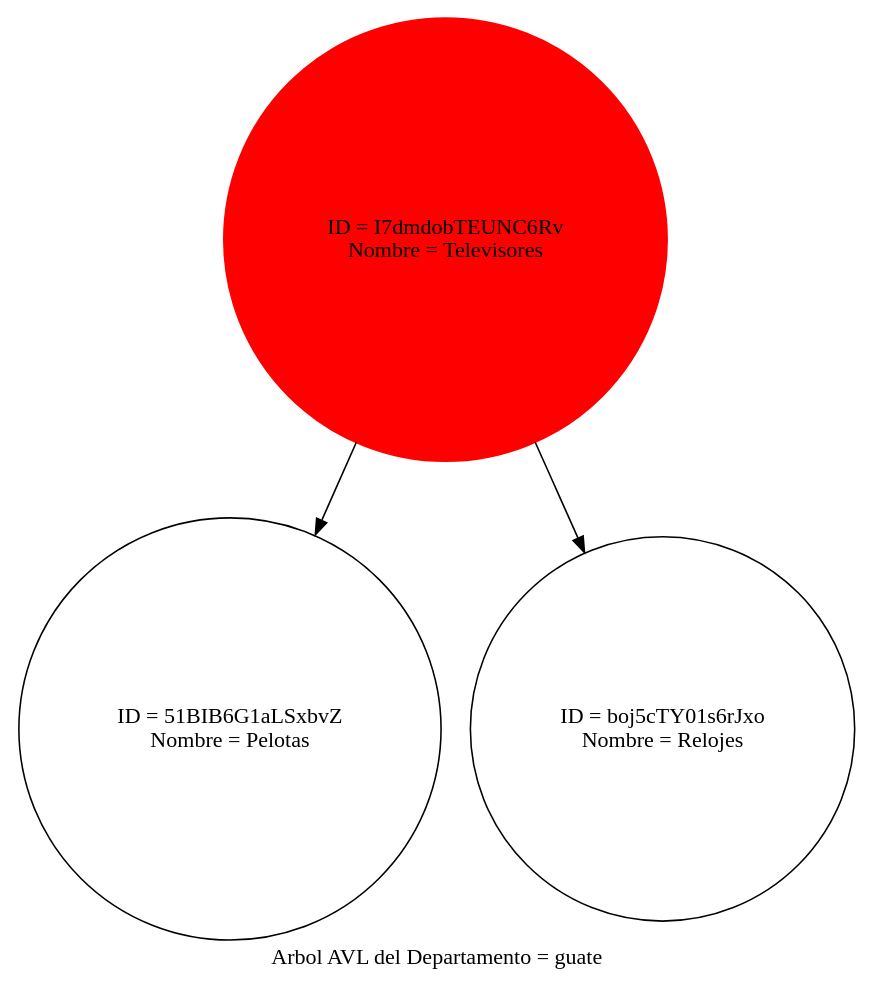
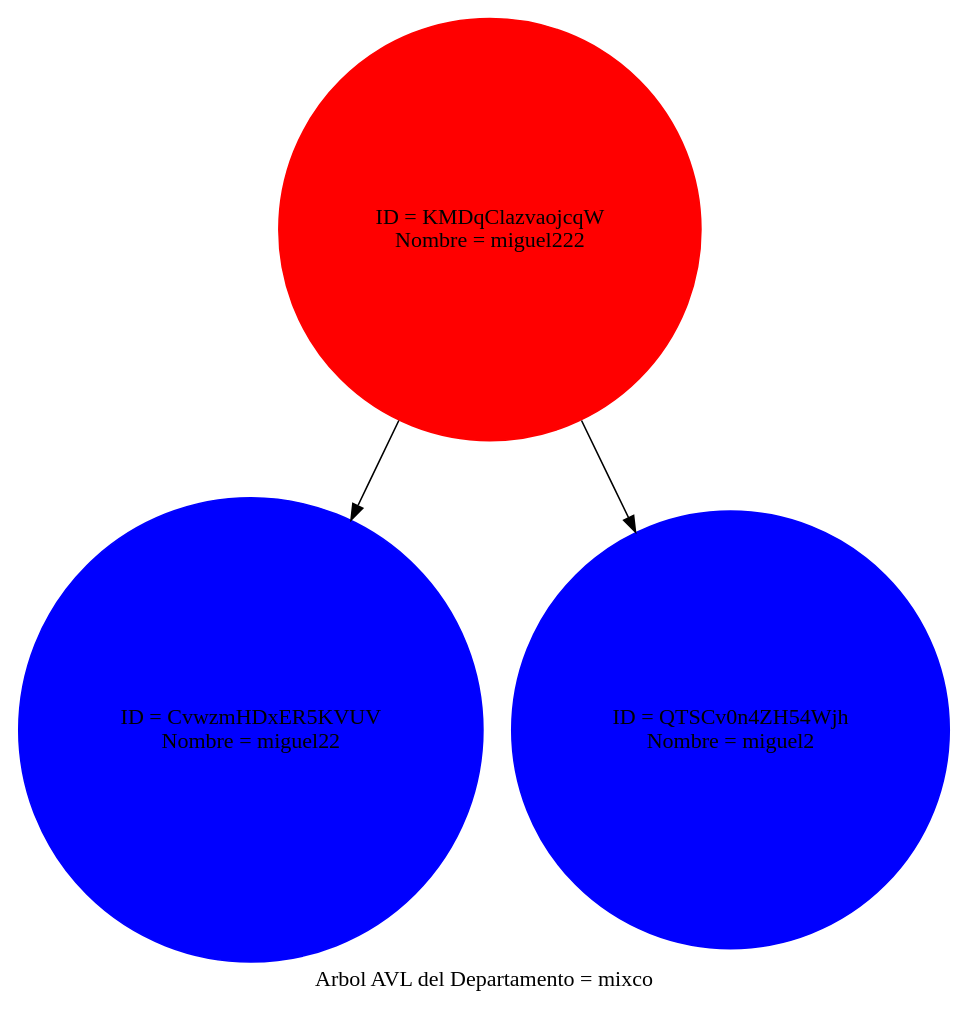
One commit to miguel-tubac/-EDD-Proyecto1_202101927 changed the diagram in src/Reportes/arbol_Dep.dot. Above: the diagram before and after it, drawn with Graphviz. The commit also changed 21 other files, not shown here.

```diff
--- a/src/Reportes/arbol_Dep.dot
+++ b/src/Reportes/arbol_Dep.dot
@@ -1,9 +1,9 @@
 digraph AVLTree {
-	label="Arbol AVL del Departamento = guate";
+	label="Arbol AVL del Departamento = mixco";
     node [shape=circle];
-    "I7dmdobTEUNC6Rv" [color= red, style=filled label="ID = I7dmdobTEUNC6Rv\nNombre = Televisores"];
-    "I7dmdobTEUNC6Rv" -> "51BIB6G1aLSxbvZ";
-    "51BIB6G1aLSxbvZ" [label="ID = 51BIB6G1aLSxbvZ\nNombre = Pelotas"];
-    "I7dmdobTEUNC6Rv" -> "boj5cTY01s6rJxo";
-    "boj5cTY01s6rJxo" [label="ID = boj5cTY01s6rJxo\nNombre = Relojes"];
+    "KMDqClazvaojcqW" [color= red, style=filled label="ID = KMDqClazvaojcqW\nNombre = miguel222"];
+    "KMDqClazvaojcqW" -> "CvwzmHDxER5KVUV";
+    "CvwzmHDxER5KVUV" [color= blue, style=filled label="ID = CvwzmHDxER5KVUV\nNombre = miguel22"];
+    "KMDqClazvaojcqW" -> "QTSCv0n4ZH54Wjh";
+    "QTSCv0n4ZH54Wjh" [color= blue, style=filled label="ID = QTSCv0n4ZH54Wjh\nNombre = miguel2"];
 }
```
